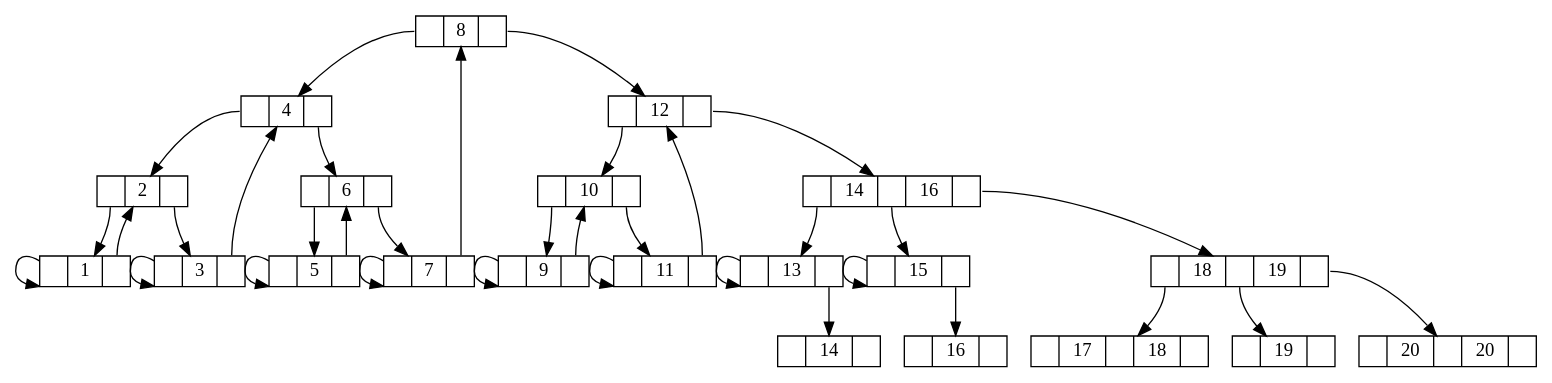
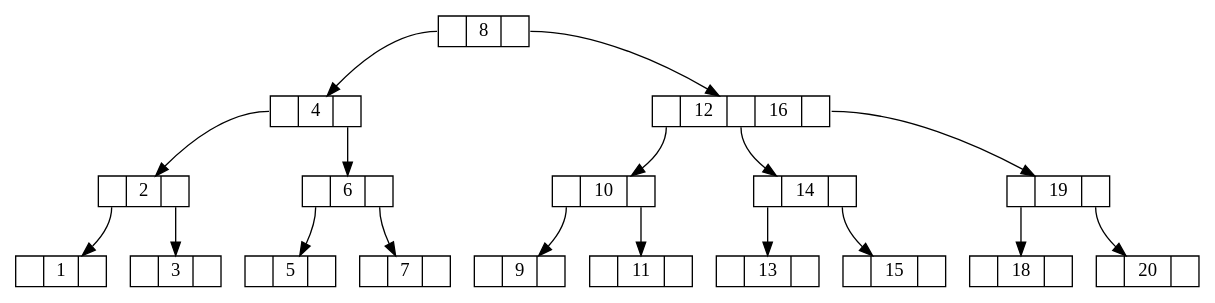
The diagram in B-Tree/btree.gv (nghiatnh/Data-Structures-And-Algorithms), drawn with Graphviz before and after one commit. The commit also changed 2 other files, not shown here.

```diff
--- a/B-Tree/btree.gv
+++ b/B-Tree/btree.gv
@@ -1,72 +1,38 @@
 digraph {
 	node [height=.1 shape=record]
 	"node-8" [label="<f0> | <f1> 8| <f2>"]
-	"node-12" [label="<f0> | <f1> 12| <f2>"]
-	"node-8":f2 -> "node-12"
-	"node-1416" [label="<f0> | <f1> 14| <f2>| <f3> 16| <f4>"]
-	"node-12":f2 -> "node-1416"
-	"node-1819" [label="<f0> | <f1> 18| <f2>| <f3> 19| <f4>"]
-	"node-1416":f4 -> "node-1819"
-	"node-2020" [label="<f0> | <f1> 20| <f2>| <f3> 20| <f4>"]
-	"node-1819":f4 -> "node-2020"
+	"node-1216" [label="<f0> | <f1> 12| <f2>| <f3> 16| <f4>"]
+	"node-8":f2 -> "node-1216"
 	"node-19" [label="<f0> | <f1> 19| <f2>"]
-	"node-1819":f2 -> "node-19"
-	"node-1718" [label="<f0> | <f1> 17| <f2>| <f3> 18| <f4>"]
-	"node-1819":f0 -> "node-1718"
+	"node-1216":f4 -> "node-19"
+	"node-20" [label="<f0> | <f1> 20| <f2>"]
+	"node-19":f2 -> "node-20"
+	"node-18" [label="<f0> | <f1> 18| <f2>"]
+	"node-19":f0 -> "node-18"
+	"node-14" [label="<f0> | <f1> 14| <f2>"]
+	"node-1216":f2 -> "node-14"
 	"node-15" [label="<f0> | <f1> 15| <f2>"]
-	"node-1416":f2 -> "node-15"
-	"node-16" [label="<f0> | <f1> 16| <f2>"]
-	"node-15":f2 -> "node-16"
-	"node-15" [label="<f0> | <f1> 15| <f2>"]
-	"node-15":f0 -> "node-15"
+	"node-14":f2 -> "node-15"
 	"node-13" [label="<f0> | <f1> 13| <f2>"]
-	"node-1416":f0 -> "node-13"
-	"node-14" [label="<f0> | <f1> 14| <f2>"]
-	"node-13":f2 -> "node-14"
-	"node-13" [label="<f0> | <f1> 13| <f2>"]
-	"node-13":f0 -> "node-13"
+	"node-14":f0 -> "node-13"
 	"node-10" [label="<f0> | <f1> 10| <f2>"]
-	"node-12":f0 -> "node-10"
+	"node-1216":f0 -> "node-10"
 	"node-11" [label="<f0> | <f1> 11| <f2>"]
 	"node-10":f2 -> "node-11"
-	"node-12" [label="<f0> | <f1> 12| <f2>"]
-	"node-11":f2 -> "node-12"
-	"node-11" [label="<f0> | <f1> 11| <f2>"]
-	"node-11":f0 -> "node-11"
 	"node-9" [label="<f0> | <f1> 9| <f2>"]
 	"node-10":f0 -> "node-9"
-	"node-10" [label="<f0> | <f1> 10| <f2>"]
-	"node-9":f2 -> "node-10"
-	"node-9" [label="<f0> | <f1> 9| <f2>"]
-	"node-9":f0 -> "node-9"
 	"node-4" [label="<f0> | <f1> 4| <f2>"]
 	"node-8":f0 -> "node-4"
 	"node-6" [label="<f0> | <f1> 6| <f2>"]
 	"node-4":f2 -> "node-6"
 	"node-7" [label="<f0> | <f1> 7| <f2>"]
 	"node-6":f2 -> "node-7"
-	"node-8" [label="<f0> | <f1> 8| <f2>"]
-	"node-7":f2 -> "node-8"
-	"node-7" [label="<f0> | <f1> 7| <f2>"]
-	"node-7":f0 -> "node-7"
 	"node-5" [label="<f0> | <f1> 5| <f2>"]
 	"node-6":f0 -> "node-5"
-	"node-6" [label="<f0> | <f1> 6| <f2>"]
-	"node-5":f2 -> "node-6"
-	"node-5" [label="<f0> | <f1> 5| <f2>"]
-	"node-5":f0 -> "node-5"
 	"node-2" [label="<f0> | <f1> 2| <f2>"]
 	"node-4":f0 -> "node-2"
 	"node-3" [label="<f0> | <f1> 3| <f2>"]
 	"node-2":f2 -> "node-3"
-	"node-4" [label="<f0> | <f1> 4| <f2>"]
-	"node-3":f2 -> "node-4"
-	"node-3" [label="<f0> | <f1> 3| <f2>"]
-	"node-3":f0 -> "node-3"
 	"node-1" [label="<f0> | <f1> 1| <f2>"]
 	"node-2":f0 -> "node-1"
-	"node-2" [label="<f0> | <f1> 2| <f2>"]
-	"node-1":f2 -> "node-2"
-	"node-1" [label="<f0> | <f1> 1| <f2>"]
-	"node-1":f0 -> "node-1"
 }
```
